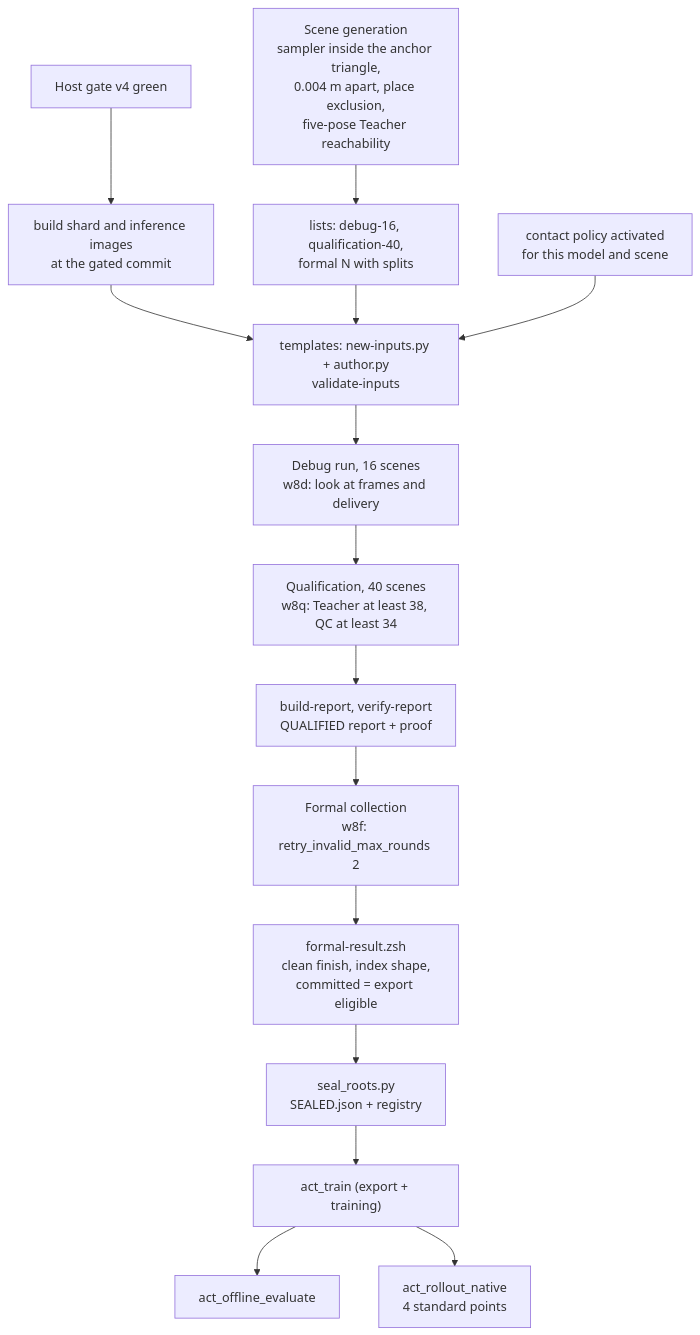
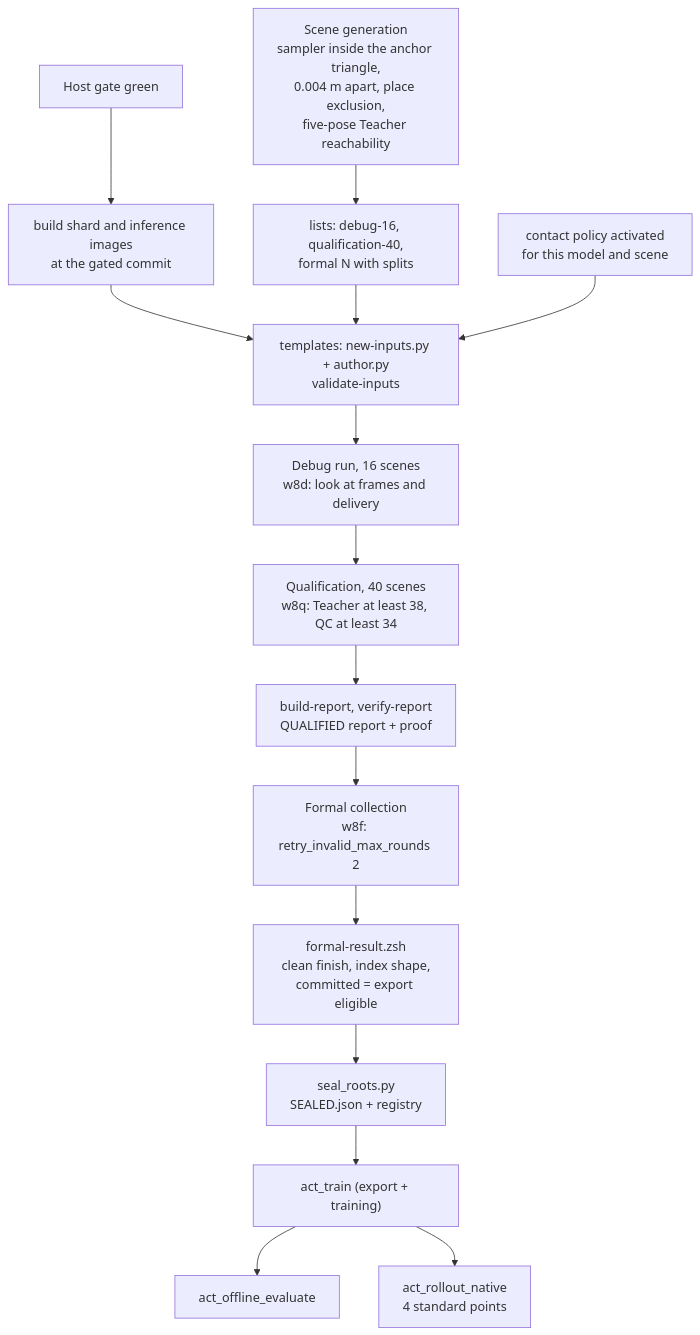
Diagram 21 of 35 in docs/guides/so101-act-data-collection-and-training-architecture.md (terryma2024/ros-moveit-demo), drawn with Mermaid before and after one commit. The commit also changed other lines of this file and 2 other files, not shown here.

First line of the commit message:
docs: gate, evidence and image tools live in the repository

````diff
--- a/docs/guides/so101-act-data-collection-and-training-architecture.md
+++ b/docs/guides/so101-act-data-collection-and-training-architecture.md
@@ -859,17 +865,17 @@
 ```mermaid
 flowchart TB
     SC["Scene generation<br/>sampler inside the anchor triangle,<br/>0.004 m apart, place exclusion,<br/>five-pose Teacher reachability"] --> LISTS["lists: debug-16, qualification-40,<br/>formal N with splits"]
-    GATE["Host gate v4 green"] --> IMG["build shard and inference images<br/>at the gated commit"]
+    GATE["Host gate green"] --> IMG["build shard and inference images<br/>at the gated commit"]
     IMG --> TPL
     LISTS --> TPL["templates: new-inputs.py + author.py<br/>validate-inputs"]
     CP["contact policy activated<br/>for this model and scene"] --> TPL
     TPL --> DBG["Debug run, 16 scenes<br/>w8d: look at frames and delivery"]
     DBG --> QUAL["Qualification, 40 scenes<br/>w8q: Teacher at least 38, QC at least 34"]
     QUAL --> REP["build-report, verify-report<br/>QUALIFIED report + proof"]
     REP --> FORMAL["Formal collection<br/>w8f: retry_invalid_max_rounds 2"]
     FORMAL --> POST["formal-result.zsh<br/>clean finish, index shape,<br/>committed = export eligible"]
     POST --> SEAL["seal_roots.py<br/>SEALED.json + registry"]
     SEAL --> TRAIN["act_train (export + training)"]
     TRAIN --> EVAL["act_offline_evaluate"]
     TRAIN --> ROLL["act_rollout_native<br/>4 standard points"]
 ```
````
